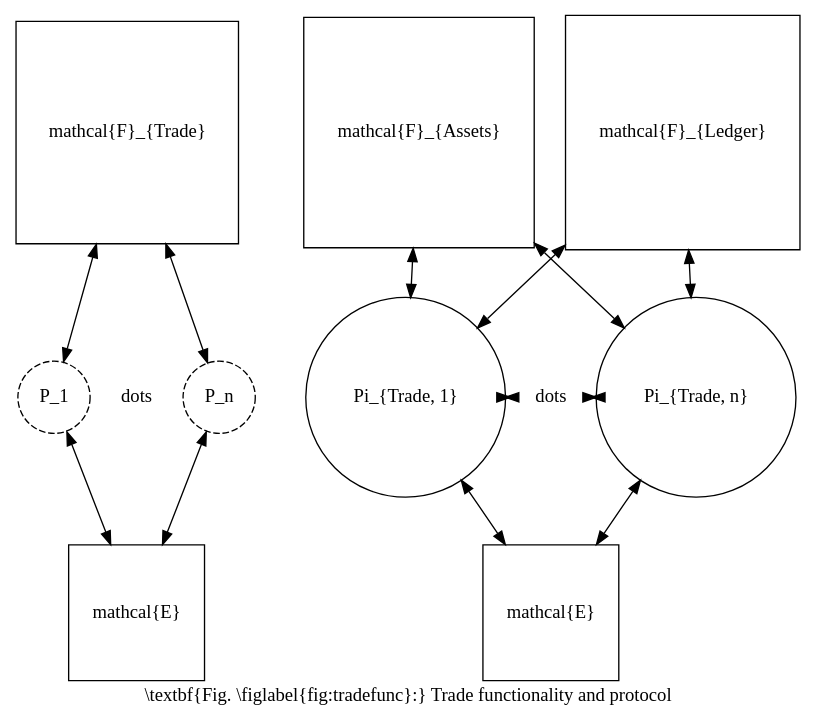
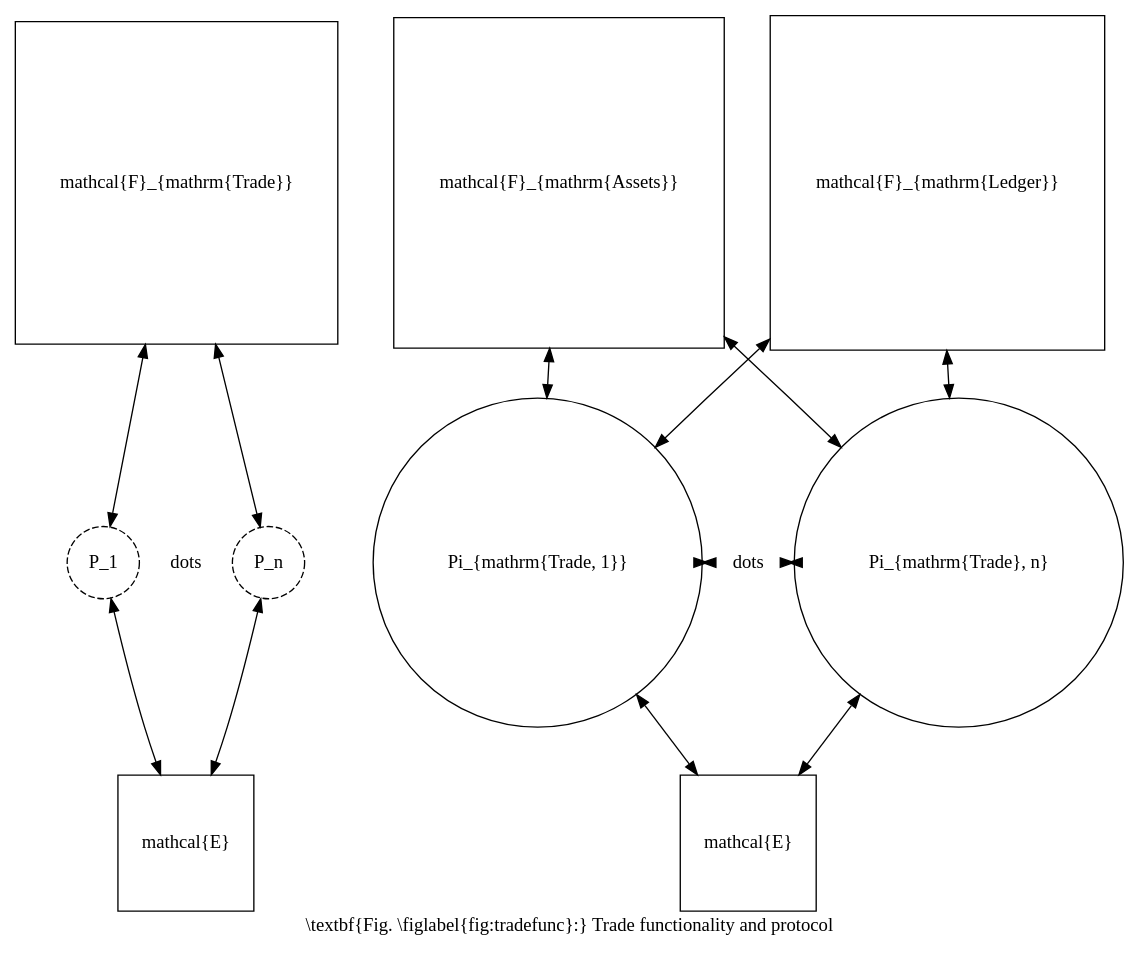
Before and after one commit to OrfeasLitos/UC-Trust: the diagram in src/figures/tradefunc.dot, drawn with Graphviz. The commit also changed 17 other files, not shown here.

```diff
--- a/src/figures/tradefunc.dot
+++ b/src/figures/tradefunc.dot
@@ -1,68 +1,68 @@
 digraph G {
   graph [
     texmode=raw,
     label="\\textbf{Fig. \\figlabel{fig:tradefunc}:} Trade functionality and protocol"
   ];
   node [shape="circle", texmode=math];
   edge [texmode=math, dir=both];
   nodesep=0.05;
   minlen=0.05;
 
   rankdir=BT;
 
   {
     graph [texlbl=""];
 
     env1 -> dum1;
     env1 -> dum2;
 
     {
       graph [texlbl=""];
       rank=same;
       rankdir=LR;
       dum1 -> dots1 [style="invis"];
       dots1 -> dum2 [style="invis"];
     }
 
     dum1 -> ftrade;
     dum2 -> ftrade;
 
     env1 [label="\mathcal{E}", shape="square"];
     dum1 [label="P_1", style="dashed"];
     dots1 [label="\dots", color="white"];
     dum2 [label="P_n", style="dashed"];
-    ftrade [label="\mathcal{F}_{Trade}", shape="square"];
+    ftrade [label="\mathcal{F}_{\mathrm{Trade}}", shape="square"];
   }
 
   {
     graph [texlbl=""];
 
     env2 [label="\mathcal{E}", shape="square"];
-    prot1 [label="\Pi_{Trade, 1}"];
+    prot1 [label="\Pi_{\mathrm{Trade, 1}}"];
     dots2 [label="\dots", color="white"];
-    prot2 [label="\Pi_{Trade, n}"];
-    ftrade [label="\mathcal{F}_{Trade}", shape="square"];
-    fledger [label="\mathcal{F}_{Ledger}", shape="square"];
-    fassets [label="\mathcal{F}_{Assets}", shape="square"];
+    prot2 [label="\Pi_{\mathrm{Trade}, n}"];
+    ftrade [label="\mathcal{F}_{\mathrm{Trade}}", shape="square"];
+    fledger [label="\mathcal{F}_{\mathrm{Ledger}}", shape="square"];
+    fassets [label="\mathcal{F}_{\mathrm{Assets}}", shape="square"];
 
     env2 -> prot1;
     env2 -> prot2;
 
     {
       graph [texlbl=""];
       rank=same;
       rankdir=LR;
       prot1 -> dots2;
       dots2 -> prot2;
     }
 
     prot1 -> fassets;
     prot2 -> fassets;
     prot1 -> fledger;
     prot2 -> fledger;
   }
 
   dum2 -> prot1 [
     style="invis", ltail=cluster0, lhead=cluster1, constraint=false
   ];
 }
```
